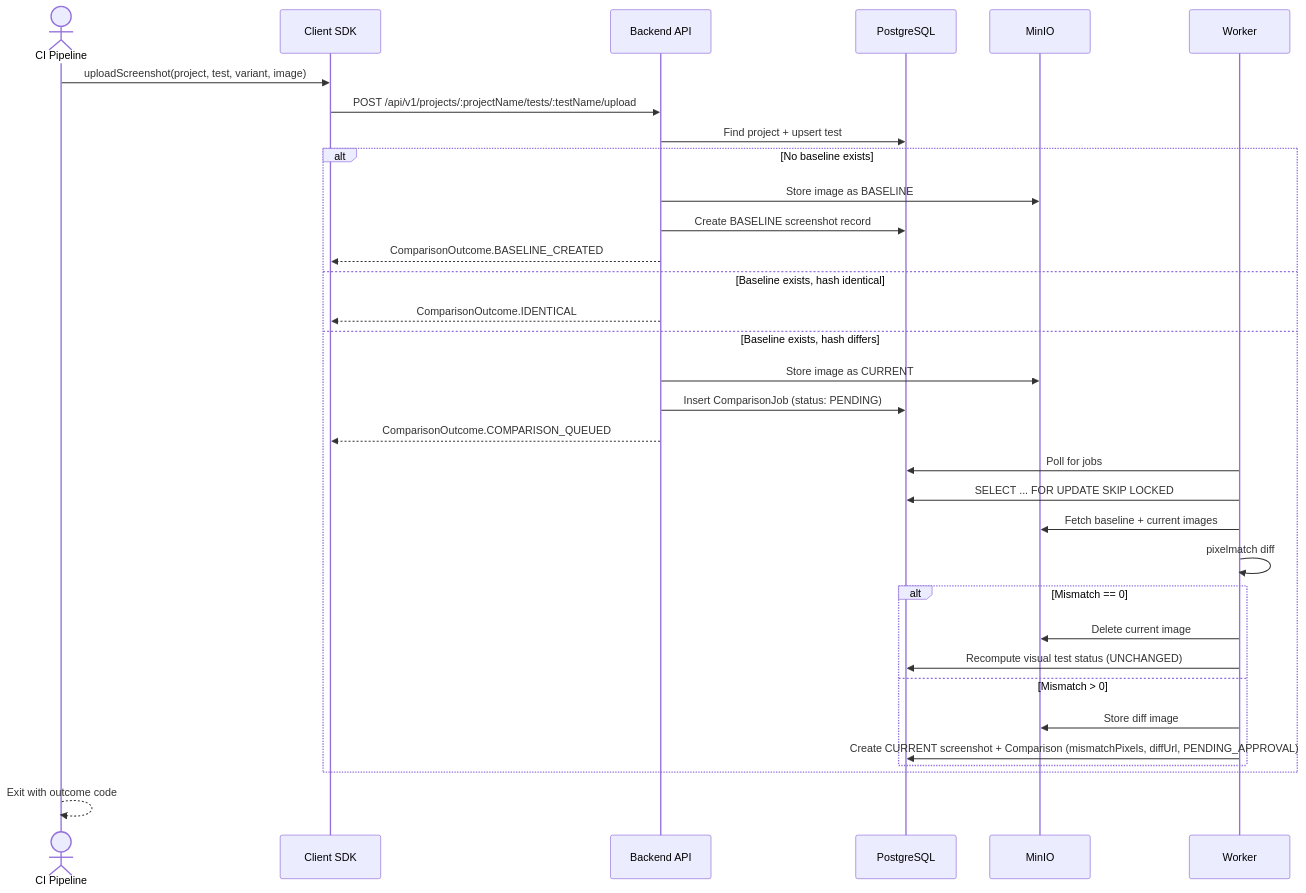
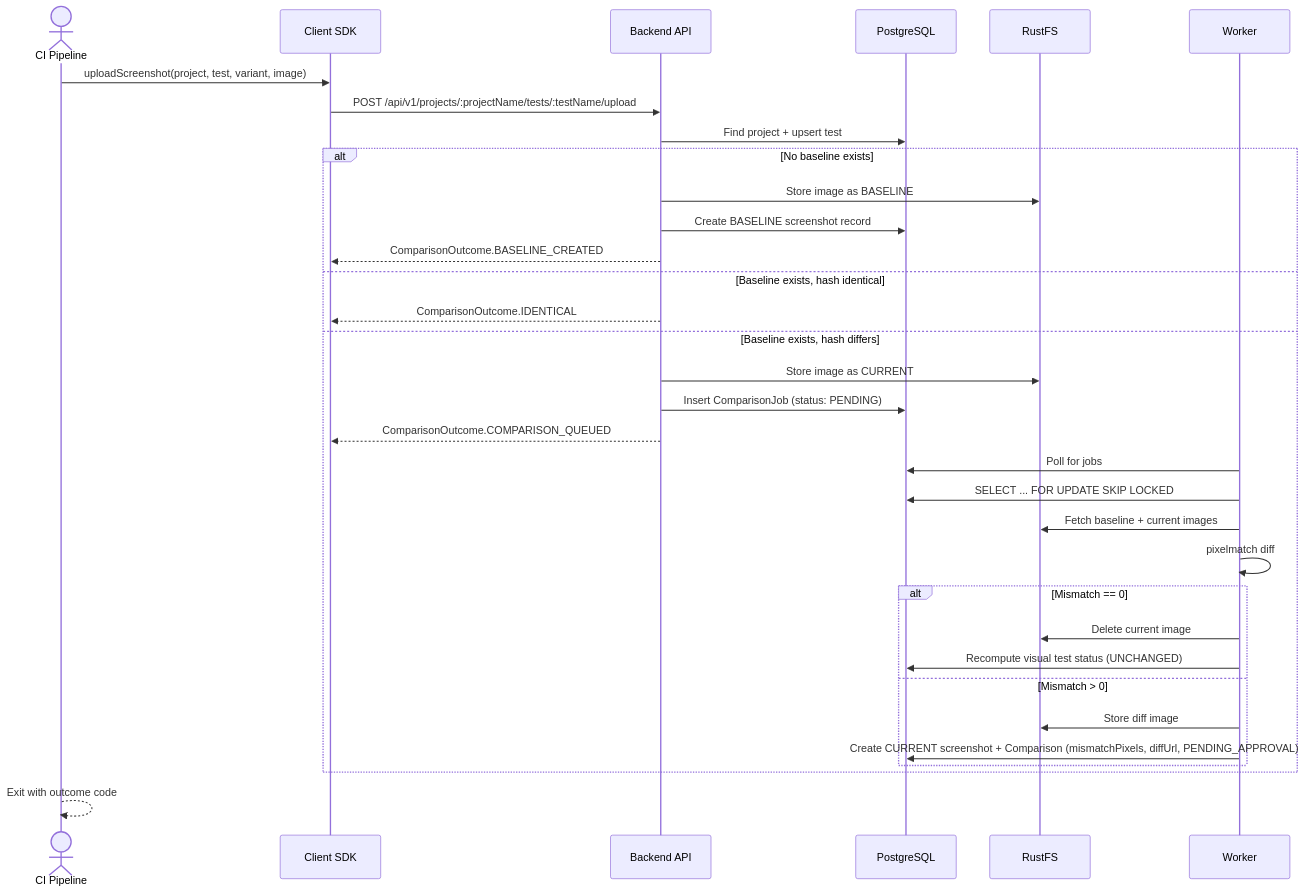
One commit to Fishkob/visual-regression changed the diagram in docs/architecture/upload-flow.md. Above: the diagram before and after it, drawn with Mermaid. The commit also changed 1 other file, not shown here.

Commit message:
docs: rename MinIO to RustFS in upload-flow diagram and dev.sh help

````diff
--- a/docs/architecture/upload-flow.md
+++ b/docs/architecture/upload-flow.md
@@ -3,39 +3,39 @@
 ```mermaid
 sequenceDiagram
     actor CI as CI Pipeline
     participant SDK as Client SDK
     participant API as Backend API
     participant DB as PostgreSQL
-    participant S3 as MinIO
+    participant S3 as RustFS
     participant W as Worker
 
     CI->>SDK: uploadScreenshot(project, test, variant, image)
     SDK->>API: POST /api/v1/projects/:projectName/tests/:testName/upload
 
     API->>DB: Find project + upsert test
     alt No baseline exists
         API->>S3: Store image as BASELINE
         API->>DB: Create BASELINE screenshot record
         API-->>SDK: ComparisonOutcome.BASELINE_CREATED
     else Baseline exists, hash identical
         API-->>SDK: ComparisonOutcome.IDENTICAL
     else Baseline exists, hash differs
         API->>S3: Store image as CURRENT
         API->>DB: Insert ComparisonJob (status: PENDING)
         API-->>SDK: ComparisonOutcome.COMPARISON_QUEUED
 
         W->>DB: Poll for jobs
         W->>DB: SELECT ... FOR UPDATE SKIP LOCKED
         W->>S3: Fetch baseline + current images
         W->>W: pixelmatch diff
         alt Mismatch == 0
             W->>S3: Delete current image
             W->>DB: Recompute visual test status (UNCHANGED)
         else Mismatch > 0
             W->>S3: Store diff image
             W->>DB: Create CURRENT screenshot + Comparison (mismatchPixels, diffUrl, PENDING_APPROVAL)
         end
     end
 
     CI-->>CI: Exit with outcome code
 ```
````
